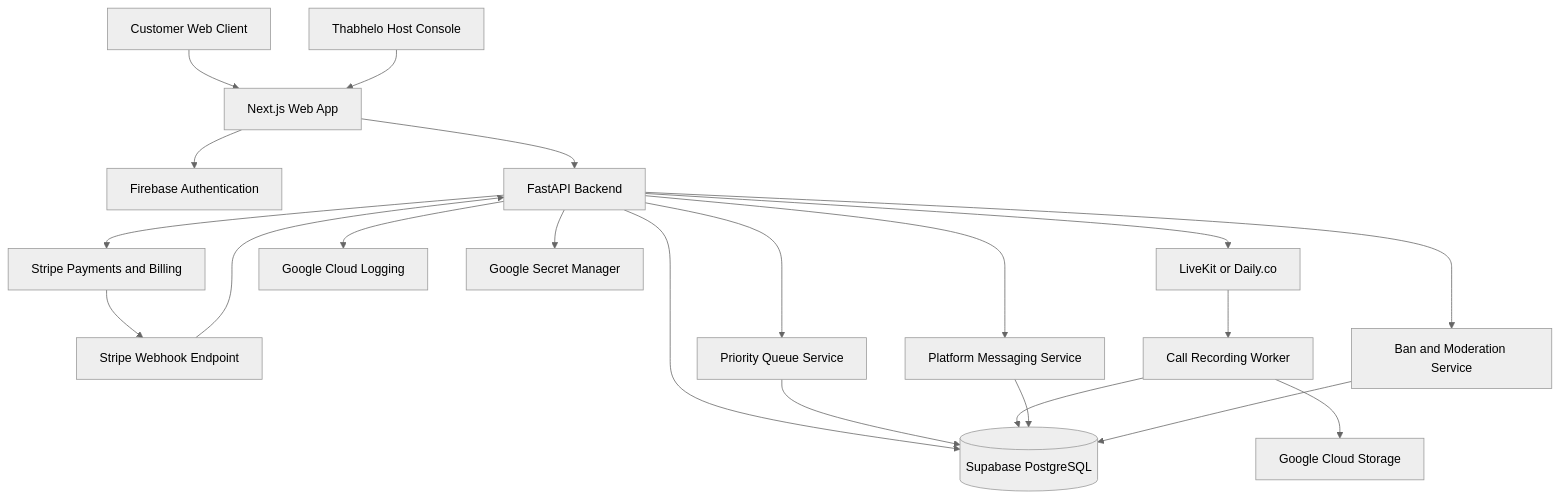
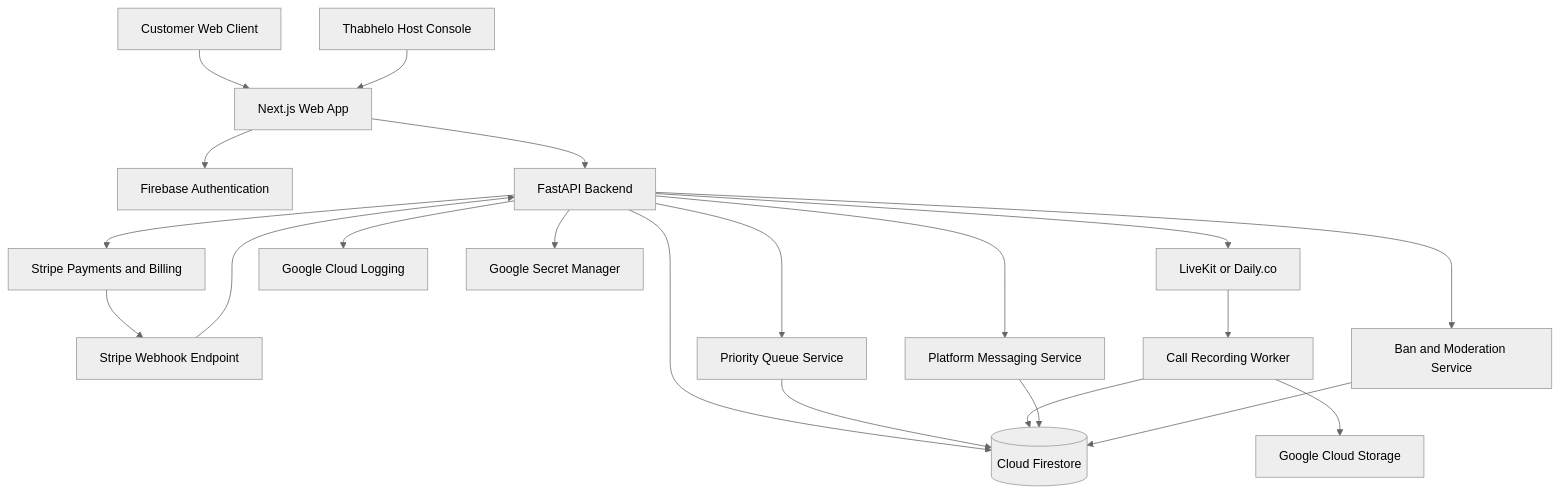
The first of 3 diagrams in docs/architecture.md (Thabhelo/ear), drawn with Mermaid (neutral theme) before and after one commit. The commit also changed other lines of this file and 50 other files, not shown here.

First line of the commit message:
Build full Ear platform: FastAPI backend, Firebase Auth, Firestore, and light-themed landing

````diff
--- a/docs/architecture.md
+++ b/docs/architecture.md
@@ -5,30 +5,30 @@
 ```mermaid
 flowchart TD
   User[Customer Web Client] --> Web[Next.js Web App]
   Host[Thabhelo Host Console] --> Web
 
   Web --> Firebase[Firebase Authentication]
   Web --> API[FastAPI Backend]
 
   API --> Stripe[Stripe Payments and Billing]
   Stripe --> Webhook[Stripe Webhook Endpoint]
   Webhook --> API
 
-  API --> DB[(Supabase PostgreSQL)]
+  API --> DB[(Cloud Firestore)]
   API --> Queue[Priority Queue Service]
   Queue --> DB
 
   API --> Calls[LiveKit or Daily.co]
   Calls --> Recorder[Call Recording Worker]
   Recorder --> GCS[Google Cloud Storage]
   Recorder --> DB
 
   API --> Messages[Platform Messaging Service]
   Messages --> DB
 
   API --> Ban[Ban and Moderation Service]
   Ban --> DB
 
   API --> Logs[Google Cloud Logging]
   API --> Secrets[Google Secret Manager]
 ```
````
